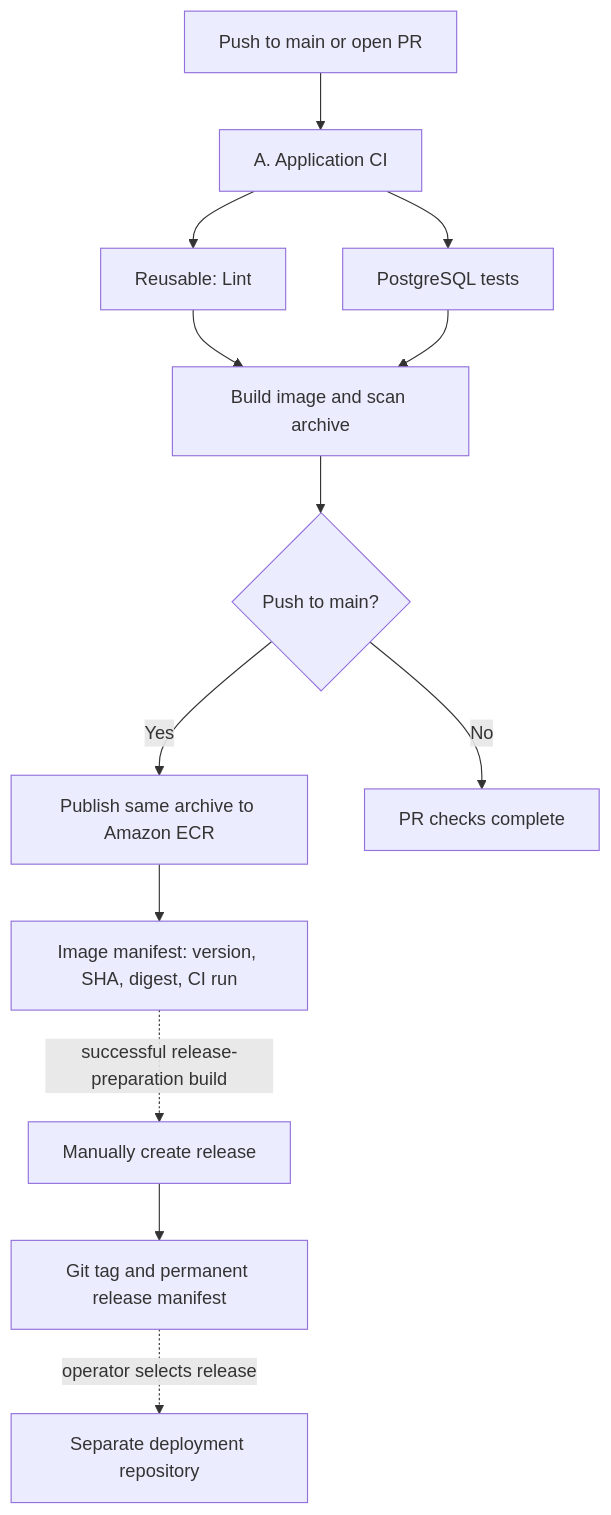
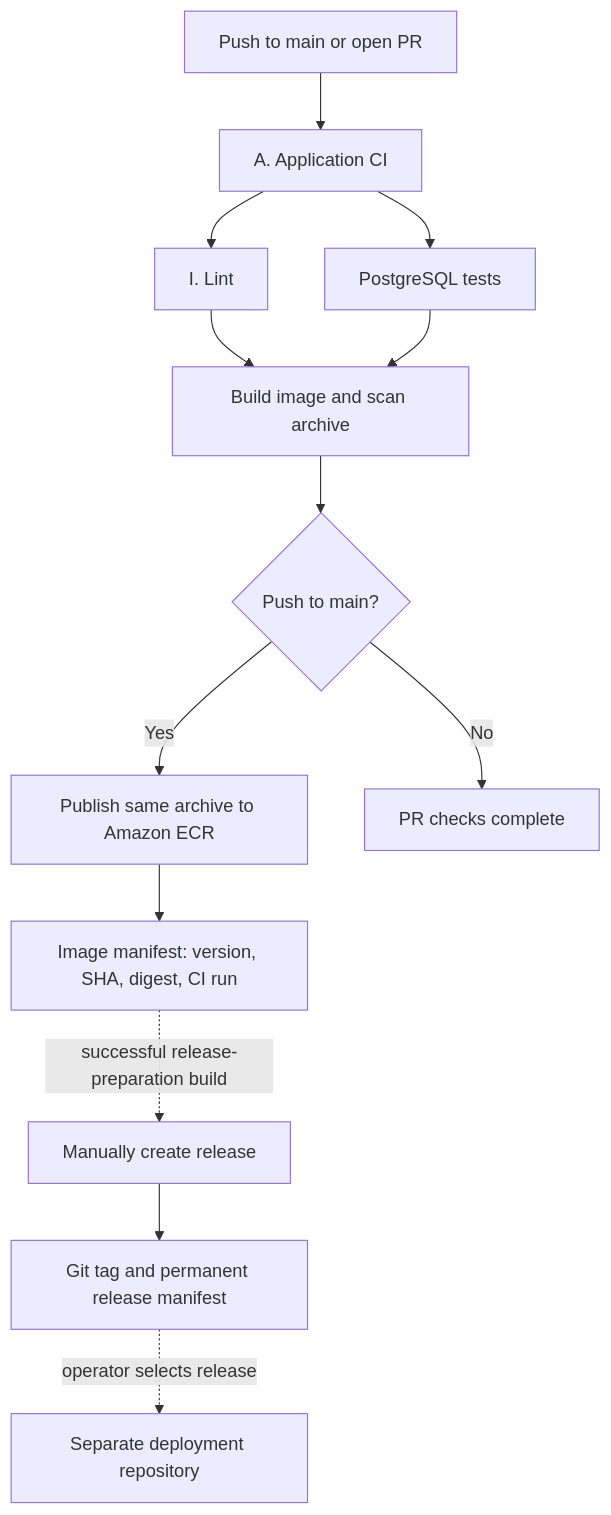
One commit to tzwei94/app changed the diagram in docs/ci-cd.md. Above: the diagram before and after it, drawn with Mermaid. The commit also changed other lines of this file and 4 other files, not shown here.

````diff
--- a/docs/ci-cd.md
+++ b/docs/ci-cd.md
@@ -17,15 +17,15 @@
 ```mermaid
 flowchart TD
     Push[Push to main or open PR] --> CI[A. Application CI]
-    CI --> Lint[Reusable: Lint]
+    CI --> Lint[I. Lint]
     CI --> Test[PostgreSQL tests]
     Lint --> Build[Build image and scan archive]
     Test --> Build
     Build --> Gate{Push to main?}
     Gate -->|Yes| Publish[Publish same archive to Amazon ECR]
     Gate -->|No| Done[PR checks complete]
     Publish --> Manifest[Image manifest: version, SHA, digest, CI run]
     Manifest -. successful release-preparation build .-> Release[Manually create release]
     Release --> Record[Git tag and permanent release manifest]
     Record -. operator selects release .-> CD[Separate deployment repository]
 ```
````
